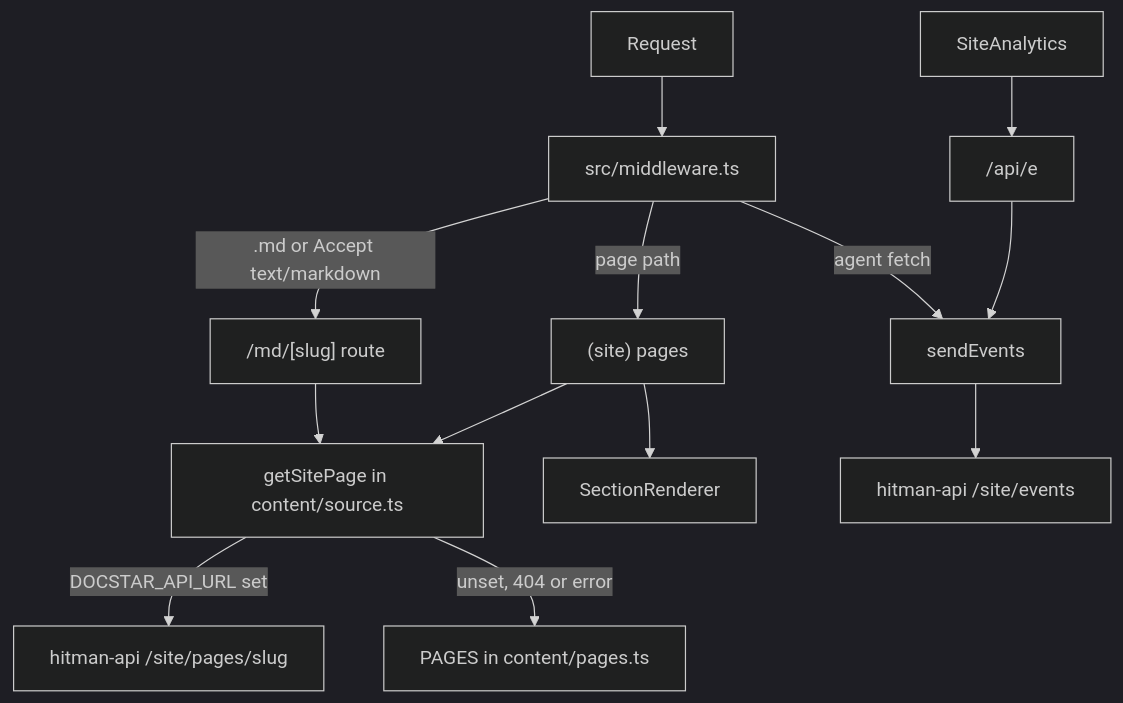
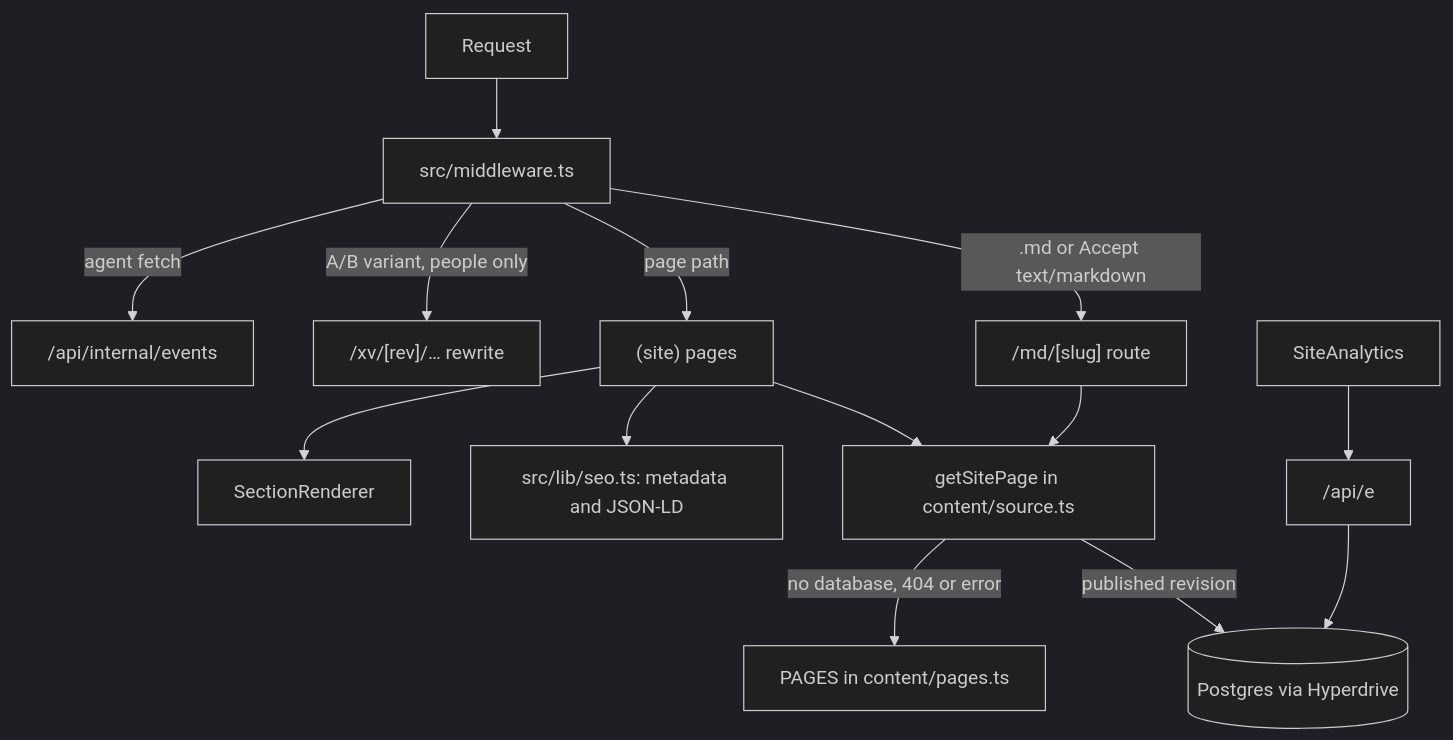
One commit to Walkover-Web-Solution/docStarWebsite changed the diagram in docs/ARCHITECTURE.md. Above: the diagram before and after it, drawn with Mermaid (dark theme). The commit also changed other lines of this file and 7 other files, not shown here.

First line of the commit message:
Update the docs for the database-backed site, the SEO layer and CI

````diff
--- a/docs/ARCHITECTURE.md
+++ b/docs/ARCHITECTURE.md
@@ -10,13 +12,15 @@
 ```mermaid
 graph TD
   Req[Request] --> MW[src/middleware.ts]
   MW -->|".md or Accept text/markdown"| MD["/md/[slug] route"]
   MW -->|page path| Page["(site) pages"]
-  MW -->|agent fetch| Ev[sendEvents]
+  MW -->|A/B variant, people only| XV["/xv/[rev]/… rewrite"]
+  MW -->|agent fetch| Ev["/api/internal/events"]
   Page --> Src[getSitePage in content/source.ts]
   MD --> Src
-  Src -->|DOCSTAR_API_URL set| API[hitman-api /site/pages/slug]
-  Src -->|unset, 404 or error| Local[PAGES in content/pages.ts]
+  Src -->|published revision| DB[(Postgres via Hyperdrive)]
+  Src -->|no database, 404 or error| Local[PAGES in content/pages.ts]
+  Page --> SEO[src/lib/seo.ts: metadata and JSON-LD]
   Page --> SR[SectionRenderer]
-  Browser[SiteAnalytics] --> E["/api/e"] --> Ev --> API2[hitman-api /site/events]
+  Browser[SiteAnalytics] --> E["/api/e"] --> DB
 ```
````
